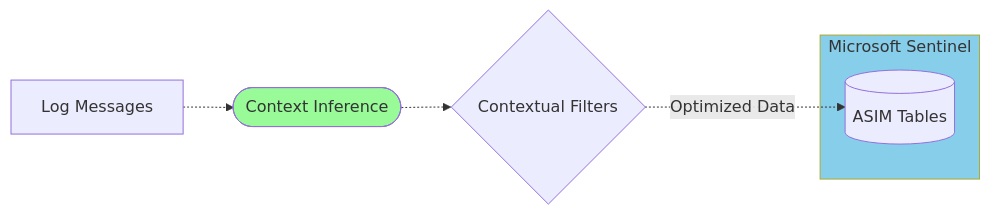
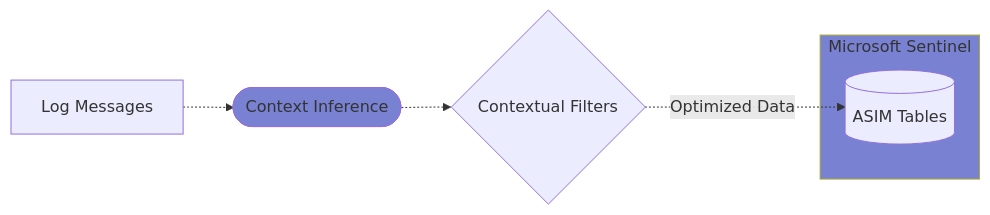
The eighth of 8 diagrams in docs/features.mdx (VirtualMetric/virtualmetric-docs), drawn with Mermaid before and after one commit. The commit also changed other lines of this file and 1 other file, not shown here.

````diff
--- a/docs/features.mdx
+++ b/docs/features.mdx
@@ -395,14 +397,14 @@
 ```mermaid
 graph LR
     Log[Log Messages] -.-> Context([Context Inference])
     Context -.-> Filter{Contextual Filters}
     
     subgraph Sentinel[Microsoft Sentinel]
         ASIM[(ASIM Tables)]
     end
     
     Filter -.-> |Optimized Data| ASIM
     
-    style Sentinel fill:#87CEEB
-    style Context fill:#98FB98
+    style Sentinel fill:#7982D2
+    style Context fill:#7982D2
 ```
````
